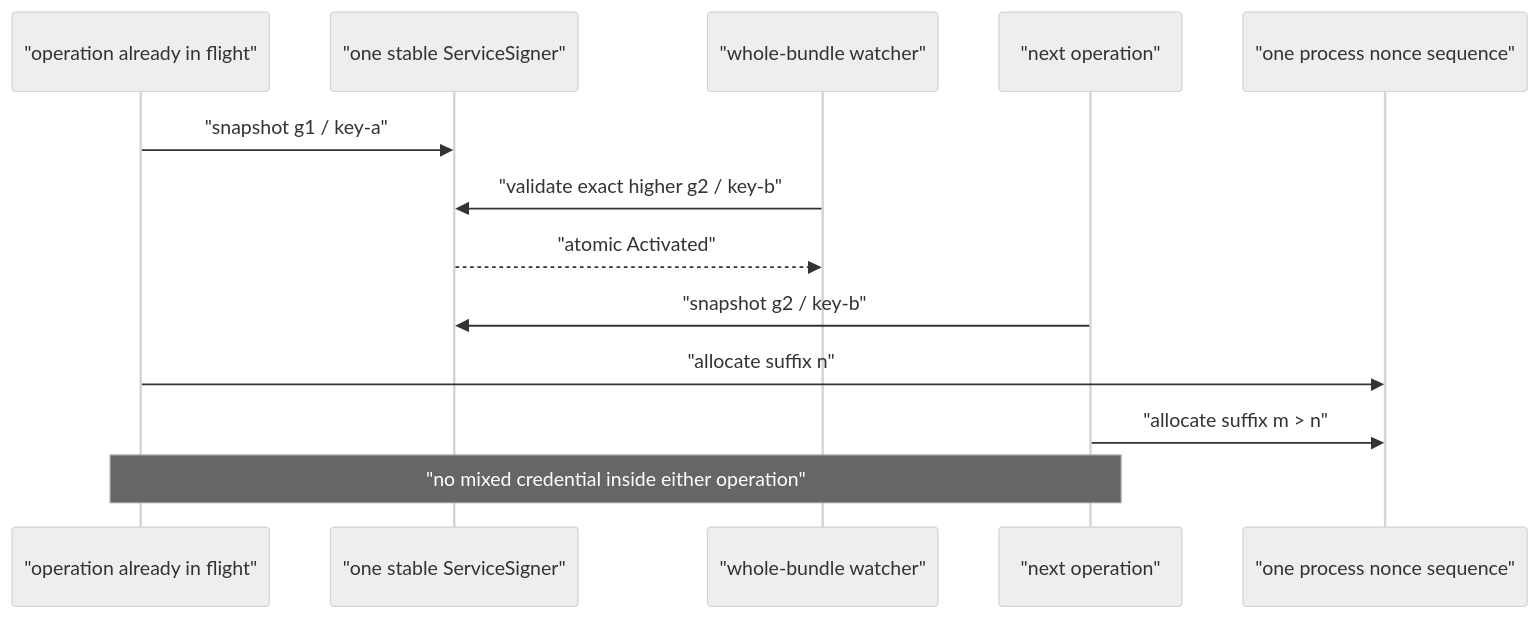
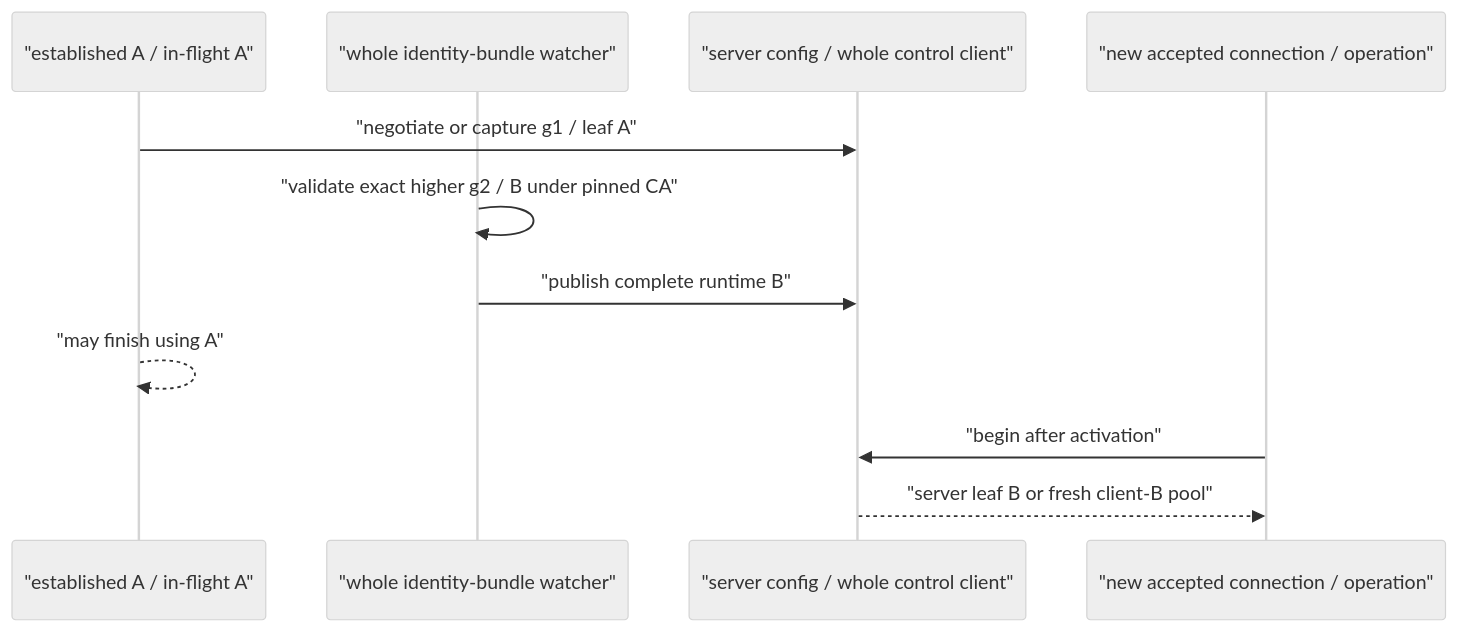
Before and after one commit to conan505/inferLab: the first of 2 diagrams in docs/interview-demo.md, drawn with Mermaid (neutral theme). The commit also changed other lines of this file and 44 other files, not shown here.

````diff
--- a/docs/interview-demo.md
+++ b/docs/interview-demo.md
@@ -82,15 +100,13 @@
 ```mermaid
 sequenceDiagram
-    participant ReqA as "operation already in flight"
-    participant Signer as "one stable ServiceSigner"
-    participant Watcher as "whole-bundle watcher"
-    participant ReqB as "next operation"
-    participant Nonce as "one process nonce sequence"
-    ReqA->>Signer: "snapshot g1 / key-a"
-    Watcher->>Signer: "validate exact higher g2 / key-b"
-    Signer-->>Watcher: "atomic Activated"
-    ReqB->>Signer: "snapshot g2 / key-b"
-    ReqA->>Nonce: "allocate suffix n"
-    ReqB->>Nonce: "allocate suffix m > n"
-    Note over ReqA,ReqB: "no mixed credential inside either operation"
+    participant Old as "established A / in-flight A"
+    participant Watcher as "whole identity-bundle watcher"
+    participant Runtime as "server config / whole control client"
+    participant New as "new accepted connection / operation"
+    Old->>Runtime: "negotiate or capture g1 / leaf A"
+    Watcher->>Watcher: "validate exact higher g2 / B under pinned CA"
+    Watcher->>Runtime: "publish complete runtime B"
+    Old-->>Old: "may finish using A"
+    New->>Runtime: "begin after activation"
+    Runtime-->>New: "server leaf B or fresh client-B pool"
 ```
````
